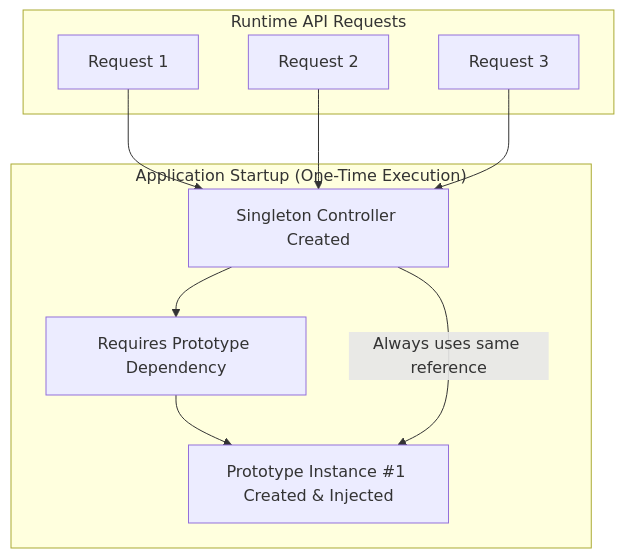
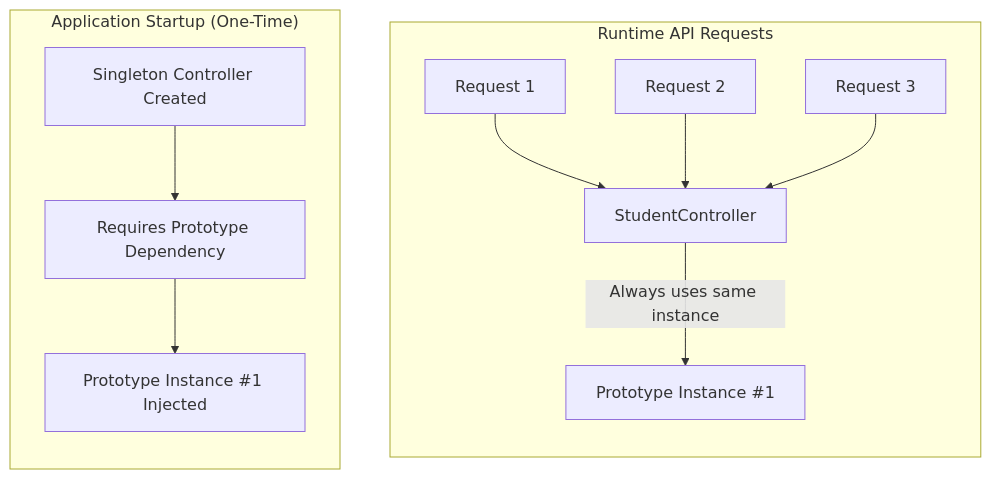
Before and after one commit to rohithgowda18/Notes: diagram 12 of 26 in 06-Java-and-Spring-Boot/Spring Boot Interview Guide.md, drawn with Mermaid. The commit also changed other lines of this file and 15 other files, not shown here.

Commit message:
docs: audit Mermaid diagrams, optimize side-by-side layouts, and deduplicate DBMS advanced notes

````diff
--- a/06-Java-and-Spring-Boot/Spring Boot Interview Guide.md
+++ b/06-Java-and-Spring-Boot/Spring Boot Interview Guide.md
@@ -777,14 +786,18 @@
 ```mermaid
-flowchart TD
-    subgraph Startup ["Application Startup (One-Time Execution)"]
+flowchart LR
+    subgraph Startup ["Application Startup (One-Time)"]
+        direction TB
         S["Singleton Controller Created"] --> Need["Requires Prototype Dependency"]
-        Need --> P1["Prototype Instance #1 Created & Injected"]
+        Need --> P1["Prototype Instance #1 Injected"]
     end
 
+    Startup ~~~ RuntimeCalls
+
     subgraph RuntimeCalls ["Runtime API Requests"]
-        R1["Request 1"] --> S
-        R2["Request 2"] --> S
-        R3["Request 3"] --> S
-        S -->|Always uses same reference| P1
+        direction TB
+        R1["Request 1"] --> S2["StudentController"]
+        R2["Request 2"] --> S2
+        R3["Request 3"] --> S2
+        S2 -->|Always uses same instance| P1_Ref["Prototype Instance #1"]
     end
 ```
````
